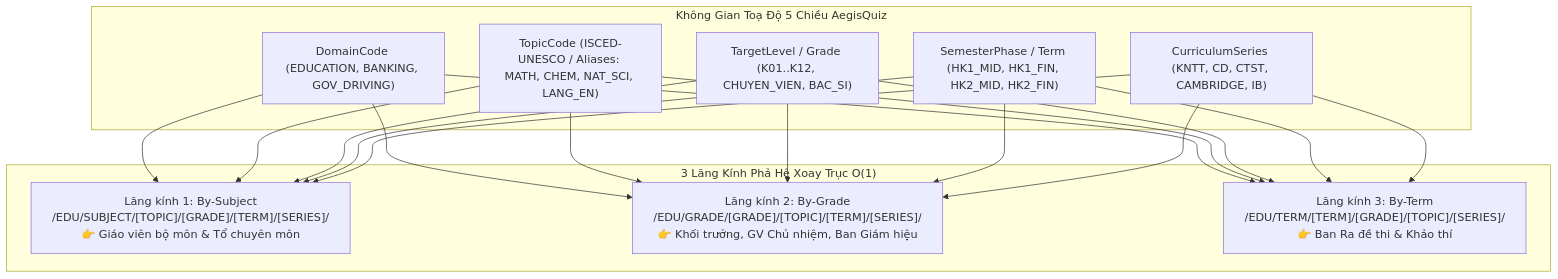
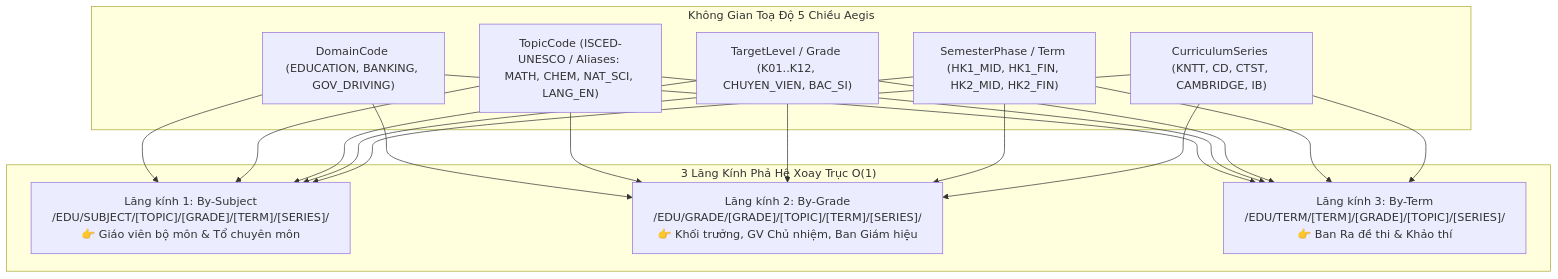
The diagram in docs/architecture/AEGIS_UNIVERSAL_COORDINATE_TAXONOMY_AND_PIVOT_FACETS_SPECIFICATION.md (cuongvba/Aegis), drawn with Mermaid before and after one commit. The commit also changed other lines of this file and 1096 other files, not shown here.

First line of the commit message:
refactor(core): thoroughly rebrand AegisQuiz to Aegis across Backend, Frontend, DevOps, and ALDS living documentation

````diff
--- a/docs/architecture/AEGIS_UNIVERSAL_COORDINATE_TAXONOMY_AND_PIVOT_FACETS_SPECIFICATION.md
+++ b/docs/architecture/AEGIS_UNIVERSAL_COORDINATE_TAXONOMY_AND_PIVOT_FACETS_SPECIFICATION.md
@@ -18,20 +18,20 @@
 ```mermaid
 graph TD
-    subgraph Multi_Dimensional_Coordinates["Không Gian Toạ Độ 5 Chiều AegisQuiz"]
+    subgraph Multi_Dimensional_Coordinates["Không Gian Toạ Độ 5 Chiều Aegis"]
         D1["DomainCode (EDUCATION, BANKING, GOV_DRIVING)"]
         D2["TopicCode (ISCED-UNESCO / Aliases: MATH, CHEM, NAT_SCI, LANG_EN)"]
         D3["TargetLevel / Grade (K01..K12, CHUYEN_VIEN, BAC_SI)"]
         D4["SemesterPhase / Term (HK1_MID, HK1_FIN, HK2_MID, HK2_FIN)"]
         D5["CurriculumSeries (KNTT, CD, CTST, CAMBRIDGE, IB)"]
     end
 
     subgraph Dynamic_Virtual_Hierarchies["3 Lăng Kính Phả Hệ Xoay Trục O(1)"]
         P1["Lăng kính 1: By-Subject<br/>/EDU/SUBJECT/[TOPIC]/[GRADE]/[TERM]/[SERIES]/<br/>👉 Giáo viên bộ môn & Tổ chuyên môn"]
         P2["Lăng kính 2: By-Grade<br/>/EDU/GRADE/[GRADE]/[TOPIC]/[TERM]/[SERIES]/<br/>👉 Khối trưởng, GV Chủ nhiệm, Ban Giám hiệu"]
         P3["Lăng kính 3: By-Term<br/>/EDU/TERM/[TERM]/[GRADE]/[TOPIC]/[SERIES]/<br/>👉 Ban Ra đề thi & Khảo thí"]
     end
 
     D1 & D2 & D3 & D4 & D5 --> P1
     D1 & D2 & D3 & D4 & D5 --> P2
     D1 & D2 & D3 & D4 & D5 --> P3
 ```
````
